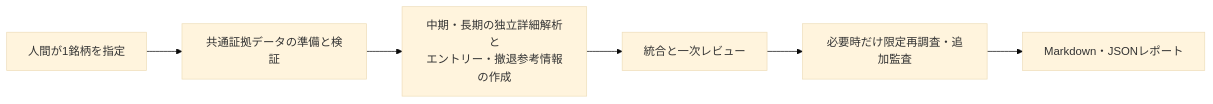
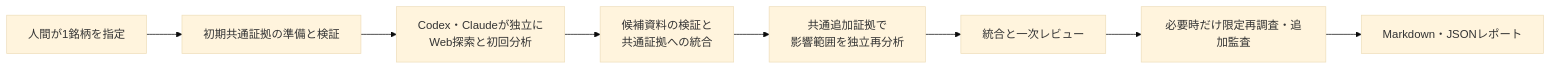
The diagram in docs/system-requirements/01-detailed-analysis-mvp-scope.md (toike08D17012/system-trade-with-llm-orchestrator), drawn with Mermaid (base theme) before and after one commit. The commit also changed other lines of this file and 4 other files, not shown here.

````diff
--- a/docs/system-requirements/01-detailed-analysis-mvp-scope.md
+++ b/docs/system-requirements/01-detailed-analysis-mvp-scope.md
@@ -70,8 +75,10 @@
 ```mermaid
 flowchart LR
-    H[人間が1銘柄を指定] --> D[共通証拠データの準備と検証]
-    D --> W[中期・長期の独立詳細解析と<br/>エントリー・撤退参考情報の作成]
-    W --> R[統合と一次レビュー]
+    H[人間が1銘柄を指定] --> D[初期共通証拠の準備と検証]
+    D --> W[Codex・Claudeが独立に<br/>Web探索と初回分析]
+    W --> V[候補資料の検証と<br/>共通証拠への統合]
+    V --> W2[共通追加証拠で<br/>影響範囲を独立再分析]
+    W2 --> R[統合と一次レビュー]
     R --> A[必要時だけ限定再調査・追加監査]
     A --> F[Markdown・JSONレポート]
 ```
````
